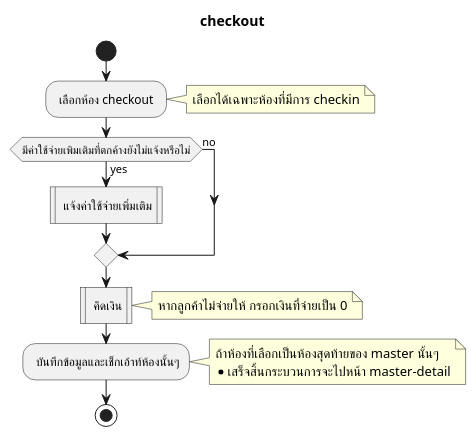
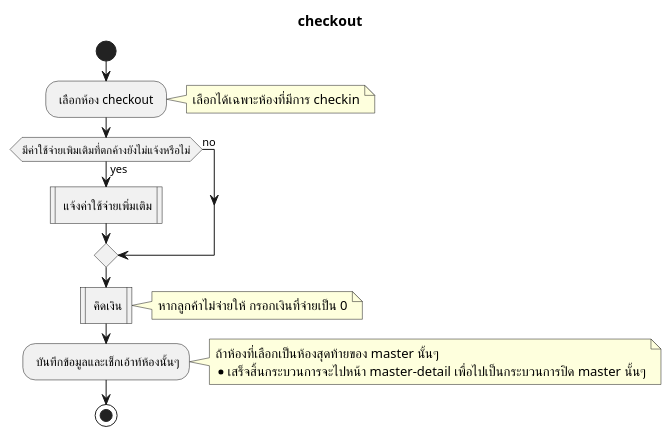
The diagram in activity-diagram/Check-out/checkout.md (cheat13/Prompiman_Diagram), drawn with PlantUML before and after one commit.

Commit message:
edit word checkout

```diff
--- a/activity-diagram/Check-out/checkout.md
+++ b/activity-diagram/Check-out/checkout.md
@@ -1,26 +1,26 @@
 @startuml
 title checkout
 start
     : เลือกห้อง checkout ;
     note right   
     เลือกได้เฉพาะห้องที่มีการ checkin
     end note  
   if(มีค่าใช้จ่ายเพิมเติมที่ตกค้างยังไม่แจ้งหรือไม่) then (yes)
     : แจ้งค่าใช้จ่ายเพิ่มเติม|
   else(no)
     endif
     : คิดเงิน| 
     note right
      หากลูกค้าไม่จ่ายให้ กรอกเงินที่จ่ายเป็น 0
     end note  
     : บันทึกข้อมูลและเช็กเอ้าท์ห้องนั้นๆ;
     note right
       ถ้าห้องที่เลือกเป็นห้องสุดท้ายของ master นั้นๆ
-      *เสร็จสิ้นกระบวนการจะไปหน้า master-detail
+      *เสร็จสิ้นกระบวนการจะไปหน้า master-detail เพื่อไปเป็นกระบวนการปิด master นั้นๆ
     end note  
 
  
 stop;
 
 
 @enduml
```
